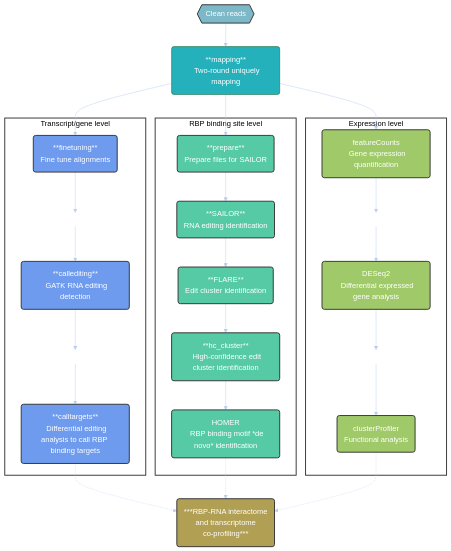
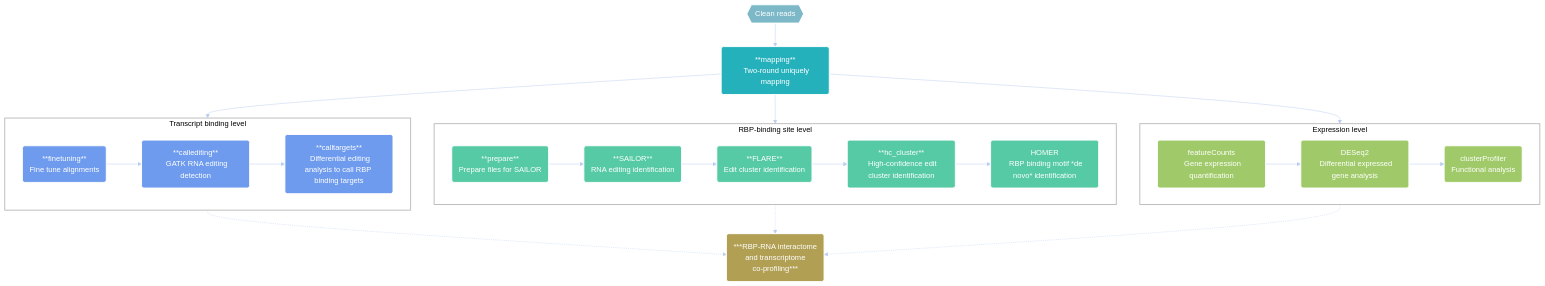
One commit to WangLabPKU/MAPIT-seq changed the diagram in README.md. Above: the diagram before and after it, drawn with Mermaid. The commit also changed other lines of this file and 2 other files, not shown here.

Commit message:
workflow
add workflow figure

````diff
--- a/README.md
+++ b/README.md
@@ -268,13 +272,15 @@
 graph TD;
   A{{Clean reads}}-->B(**mapping**
   Two-round uniquely mapping);
-  B-->C(**finetuning**
+  B-->A1
+  C(**finetuning**
   Fine tune alignments);
-  C-->X1[ ]-->D(**callediting**
+  C-->D(**callediting**
   GATK RNA editing detection);
-  D-->X2[ ]-->E(**calltargets**
+  D-->E(**calltargets**
   Differential editing analysis to call RBP binding targets)
-  B-->F(**prepare**
+  B-->A2
+  F(**prepare**
   Prepare files for SAILOR);
   F-->G(**SAILOR**
   RNA editing identification);
@@ -284,20 +290,19 @@
   High-confidence edit cluster identification)
   I-->J(HOMER
   RBP binding motif *de novo* identification)
-  B-->K(featureCounts
+  B-->A3
+  K(featureCounts
   Gene expression quantification)
-  K-->X3[ ]-->L(DESeq2
+  K-->L(DESeq2
   Differential expressed gene analysis)
-  L-->X4[ ]-->M(clusterProfiler
+  L-->M(clusterProfiler
   Functional analysis)
-subgraph A1[Transcript/gene level]
+subgraph A1[Transcript binding level]
   C
-  X1
   D
-  X2
   E
 end
-subgraph A2[RBP binding site level]
+subgraph A2[RBP-binding site level]
   F
   G
   H
@@ -306,36 +311,31 @@
 end
 subgraph A3[Expression level]
   K
-  X3
   L
-  X4
   M
 end
   N(***RBP-RNA interactome
   and transcriptome
   co-profiling***)
-  E-.->N
-  J-.->N
-  M-.->N
+  A1-.->N
+  A2-.->N
+  A3-.->N
 
-style A fill: #7cb8c7ff,stroke:#333,stroke-width:2px;
-style C fill: #6e9beeff,stroke:#333,stroke-width:2px;
-style D fill: #6e9beeff,stroke:#333,stroke-width:2px;
-style E fill: #6e9beeff,stroke:#333,stroke-width:2px;
-style F fill: #56caa4ff,stroke:#333,stroke-width:2px;
-style G fill: #56caa4ff,stroke:#333,stroke-width:2px;
-style H fill: #56caa4ff,stroke:#333,stroke-width:2px;
-style I fill: #56caa4ff,stroke:#333,stroke-width:2px;
-style J fill: #56caa4ff,stroke:#333,stroke-width:2px;
-style K fill: #a0ca69ff,stroke:#333,stroke-width:2px;
-style L fill: #a0ca69ff,stroke:#333,stroke-width:2px;
-style M fill: #a0ca69ff,stroke:#333,stroke-width:2px;
-style N fill: #b1a054ff,stroke:#333,stroke-width:2px;
-style X1 fill: #ffffff00,stroke:#ffffff00,stroke-width:2px;
-style X2 fill: #ffffff00,stroke:#ffffff00,stroke-width:2px;
-style X3 fill: #ffffff00,stroke:#ffffff00,stroke-width:2px;
-style X4 fill: #ffffff00,stroke:#ffffff00,stroke-width:2px;
-style A1 fill: #ffffff16,stroke:#333,stroke-width:2px;
-style A2 fill: #ffffff16,stroke:#333,stroke-width:2px;
-style A3 fill: #ffffff16,stroke:#333,stroke-width:2px;
+style A fill: #7cb8c7ff,stroke:#fff,stroke-width:2px;
+style B stroke:#fff,stroke-width:2px;
+style C fill: #6e9beeff,stroke:#fff,stroke-width:2px;
+style D fill: #6e9beeff,stroke:#fff,stroke-width:2px;
+style E fill: #6e9beeff,stroke:#fff,stroke-width:2px;
+style F fill: #56caa4ff,stroke:#fff,stroke-width:2px;
+style G fill: #56caa4ff,stroke:#fff,stroke-width:2px;
+style H fill: #56caa4ff,stroke:#fff,stroke-width:2px;
+style I fill: #56caa4ff,stroke:#fff,stroke-width:2px;
+style J fill: #56caa4ff,stroke:#fff,stroke-width:2px;
+style K fill: #a0ca69ff,stroke:#fff,stroke-width:2px;
+style L fill: #a0ca69ff,stroke:#fff,stroke-width:2px;
+style M fill: #a0ca69ff,stroke:#fff,stroke-width:2px;
+style N fill: #b1a054ff,stroke:#fff,stroke-width:2px;
+style A1 fill: #ffffff16,stroke:#bbb,stroke-width:2px;
+style A2 fill: #ffffff16,stroke:#bbb,stroke-width:2px;
+style A3 fill: #ffffff16,stroke:#bbb,stroke-width:2px;
 ```
````
